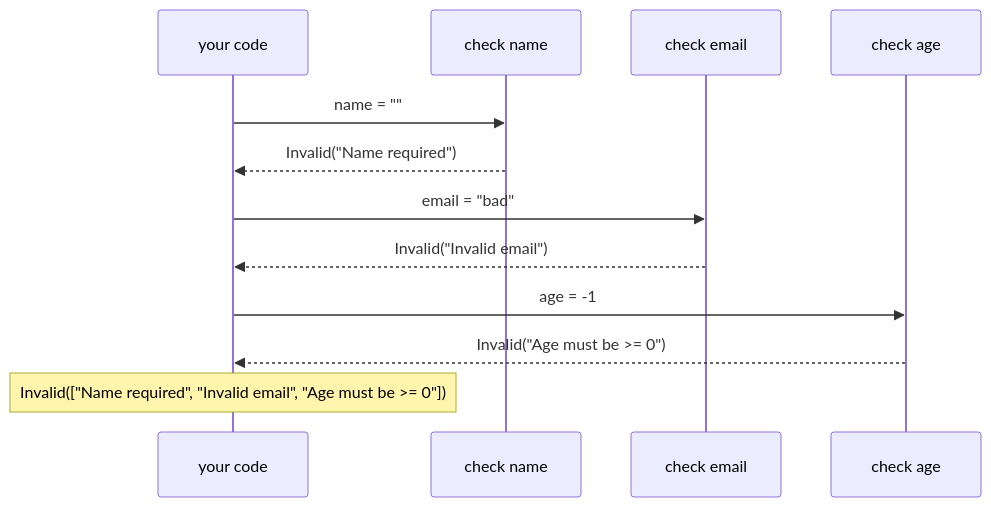
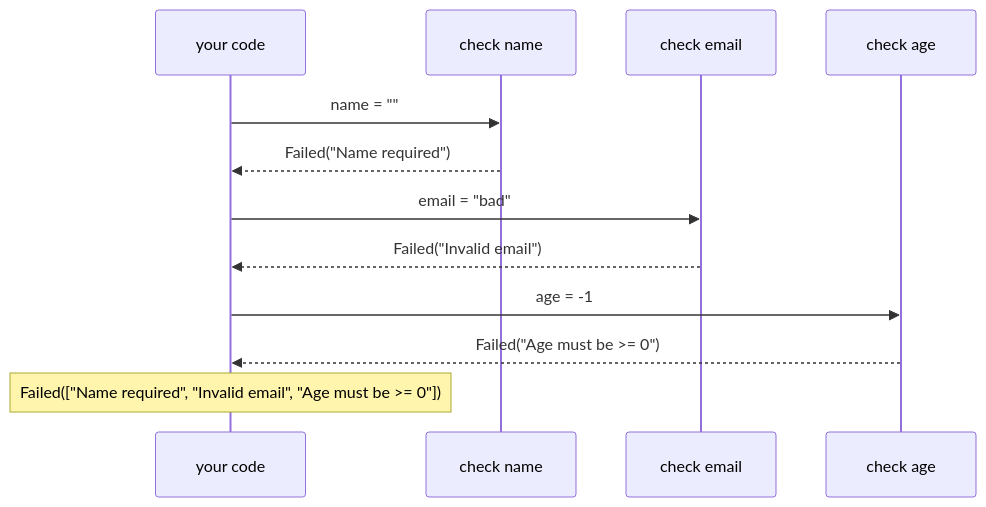
Before and after one commit to nlozgachev/pipelined: the second of 2 diagrams in docs/src/content/docs/guides/validation.md, drawn with Mermaid. The commit also changed other lines of this file and 27 other files, not shown here.

````diff
--- a/docs/src/content/docs/guides/validation.md
+++ b/docs/src/content/docs/guides/validation.md
@@ -314,15 +313,15 @@
 ```mermaid
 sequenceDiagram
   participant P as your code
   participant N as check name
   participant E as check email
   participant A as check age
 
   P->>N: name = ""
-  N-->>P: Invalid("Name required")
+  N-->>P: Failed("Name required")
   P->>E: email = "bad"
-  E-->>P: Invalid("Invalid email")
+  E-->>P: Failed("Invalid email")
   P->>A: age = -1
-  A-->>P: Invalid("Age must be >= 0")
-  Note over P: Invalid(["Name required", "Invalid email", "Age must be >= 0"])
+  A-->>P: Failed("Age must be >= 0")
+  Note over P: Failed(["Name required", "Invalid email", "Age must be >= 0"])
 ```
````
